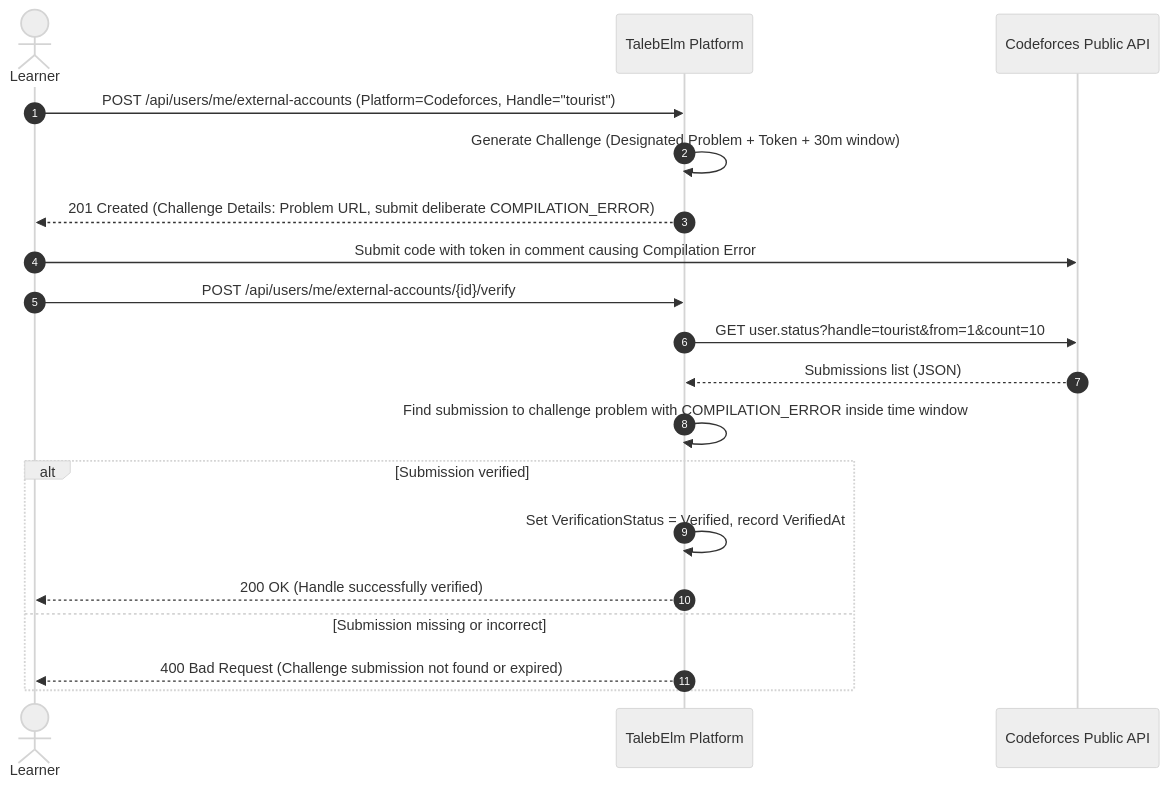
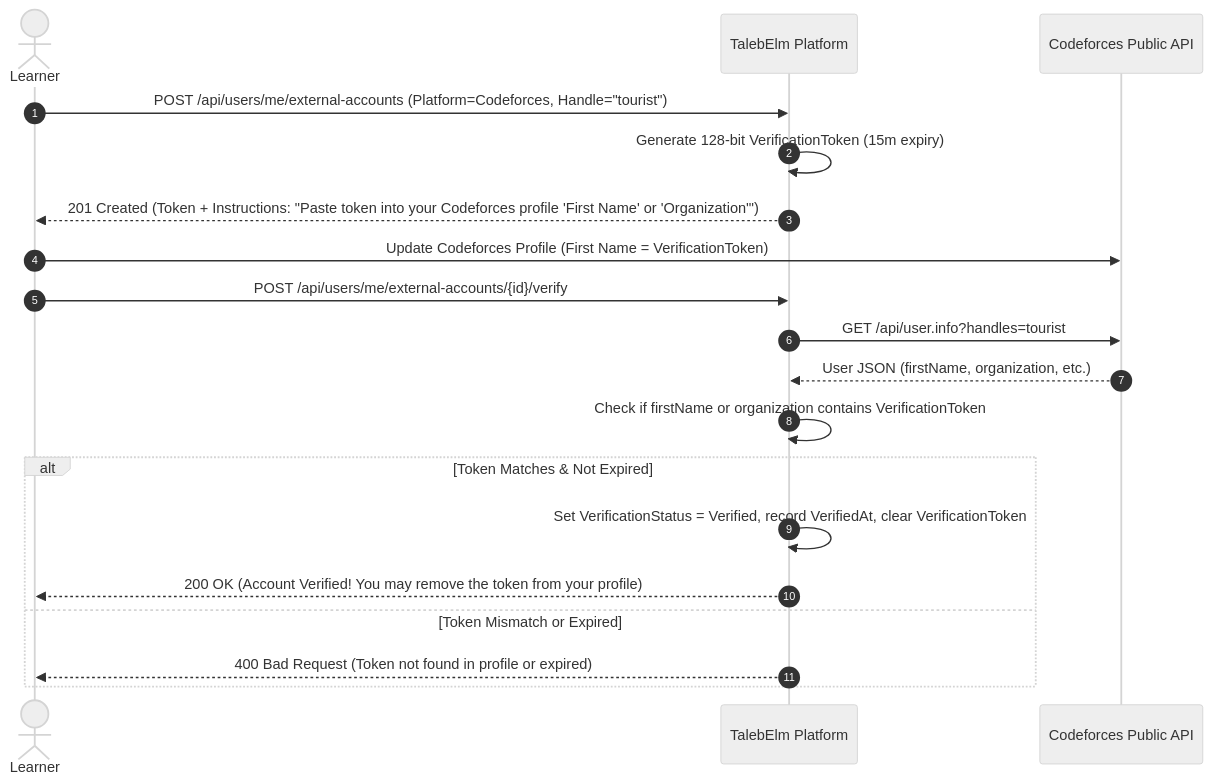
Before and after one commit to Tawjjeh/TalebElm: the diagram in docs/features/07-module-problems-and-verification.md, drawn with Mermaid (neutral theme). The commit also changed other lines of this file and 2 other files, not shown here.

````diff
--- a/docs/features/07-module-problems-and-verification.md
+++ b/docs/features/07-module-problems-and-verification.md
@@ -86,22 +85,22 @@
 ```mermaid
 sequenceDiagram
     autonumber
     actor Learner
     participant Platform as TalebElm Platform
     participant CF as Codeforces Public API
 
     Learner->>Platform: POST /api/users/me/external-accounts (Platform=Codeforces, Handle="tourist")
-    Platform->>Platform: Generate Challenge (Designated Problem + Token + 30m window)
-    Platform-->>Learner: 201 Created (Challenge Details: Problem URL, submit deliberate COMPILATION_ERROR)
-    Learner->>CF: Submit code with token in comment causing Compilation Error
+    Platform->>Platform: Generate 128-bit VerificationToken (15m expiry)
+    Platform-->>Learner: 201 Created (Token + Instructions: "Paste token into your Codeforces profile 'First Name' or 'Organization'")
+    Learner->>CF: Update Codeforces Profile (First Name = VerificationToken)
     Learner->>Platform: POST /api/users/me/external-accounts/{id}/verify
-    Platform->>CF: GET user.status?handle=tourist&from=1&count=10
-    CF-->>Platform: Submissions list (JSON)
-    Platform->>Platform: Find submission to challenge problem with COMPILATION_ERROR inside time window
-    alt Submission verified
-        Platform->>Platform: Set VerificationStatus = Verified, record VerifiedAt
-        Platform-->>Learner: 200 OK (Handle successfully verified)
-    else Submission missing or incorrect
-        Platform-->>Learner: 400 Bad Request (Challenge submission not found or expired)
+    Platform->>CF: GET /api/user.info?handles=tourist
+    CF-->>Platform: User JSON (firstName, organization, etc.)
+    Platform->>Platform: Check if firstName or organization contains VerificationToken
+    alt Token Matches & Not Expired
+        Platform->>Platform: Set VerificationStatus = Verified, record VerifiedAt, clear VerificationToken
+        Platform-->>Learner: 200 OK (Account Verified! You may remove the token from your profile)
+    else Token Mismatch or Expired
+        Platform-->>Learner: 400 Bad Request (Token not found in profile or expired)
     end
 ```
````
